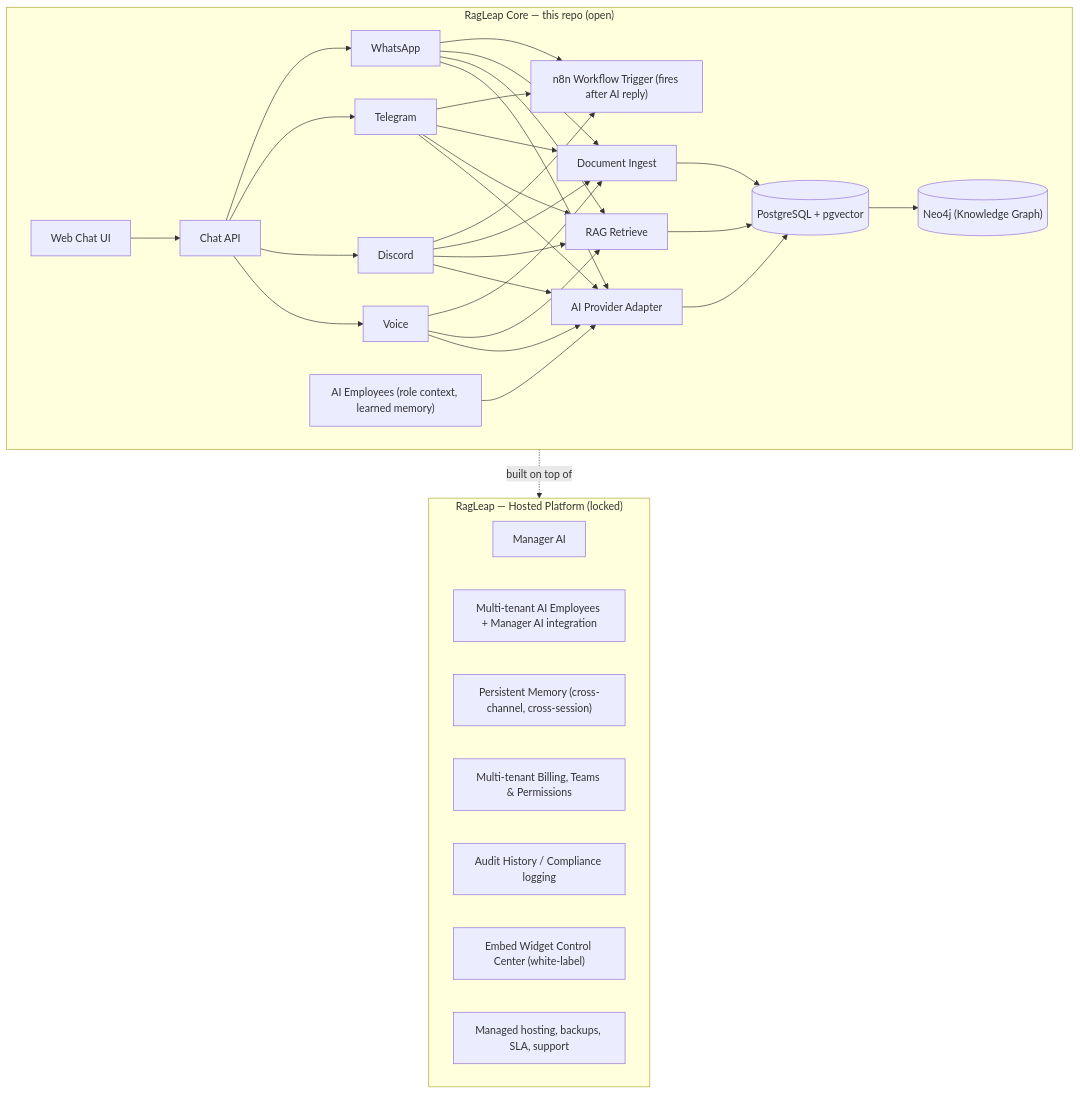
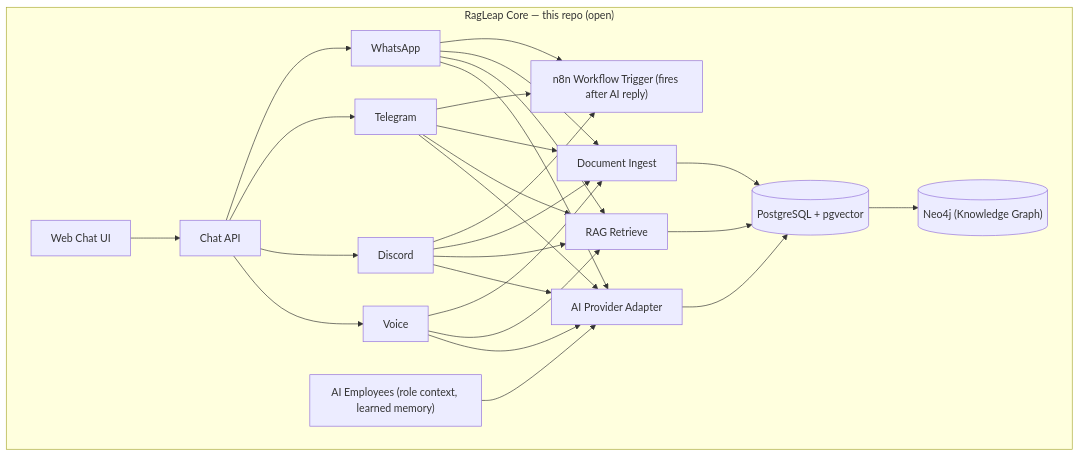
Before and after one commit to antonyrag/ragleap-core: the first of 2 diagrams in README.md, drawn with Mermaid. The commit also changed other lines of this file, not shown here.

Commit message:
README: remove remaining hosted-platform references

````diff
--- a/README.md
+++ b/README.md
@@ -173,48 +173,37 @@
 ```mermaid
 flowchart TD
-    subgraph Hosted["RagLeap — Hosted Platform (locked)"]
-        H1["Manager AI"]
-        H2["Multi-tenant AI Employees + Manager AI integration"]
-        H3["Persistent Memory (cross-channel, cross-session)"]
-        H4["Multi-tenant Billing, Teams & Permissions"]
-        H5["Audit History / Compliance logging"]
-        H6["Embed Widget Control Center (white-label)"]
-        H7["Managed hosting, backups, SLA, support"]
-    end
-
     subgraph Core["RagLeap Core — this repo (open)"]
         WebUI["Web Chat UI"] --> ChatAPI["Chat API"]
         ChatAPI --> WA["WhatsApp"]
         ChatAPI --> TG["Telegram"]
         ChatAPI --> DC["Discord"]
         ChatAPI --> VC["Voice"]
 
         WA --> N8N["n8n Workflow Trigger (fires after AI reply)"]
         TG --> N8N
         DC --> N8N
 
         Employees["AI Employees (role context, learned memory)"] --> Provider
 
         WA --> Ingest["Document Ingest"]
         TG --> Ingest
         DC --> Ingest
         VC --> Ingest
 
         WA --> RAG["RAG Retrieve"]
         TG --> RAG
         DC --> RAG
         VC --> RAG
 
         WA --> Provider["AI Provider Adapter"]
         TG --> Provider
         DC --> Provider
         VC --> Provider
 
         Ingest --> PG[("PostgreSQL + pgvector")]
         RAG --> PG
         Provider --> PG
         PG --> Neo[("Neo4j (Knowledge Graph)")]
     end
 
-    Core -. built on top of .-> Hosted
 ```
````
